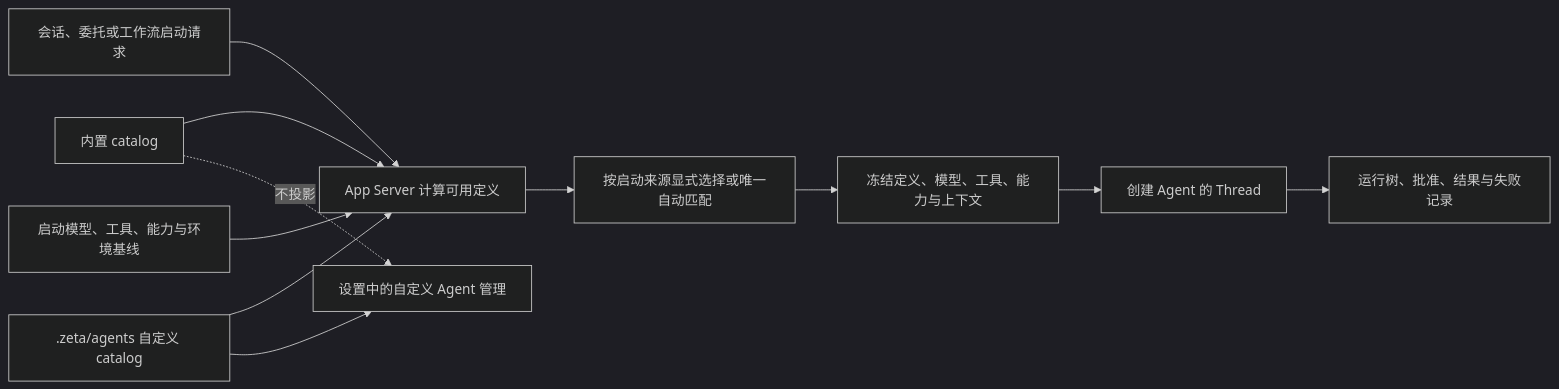
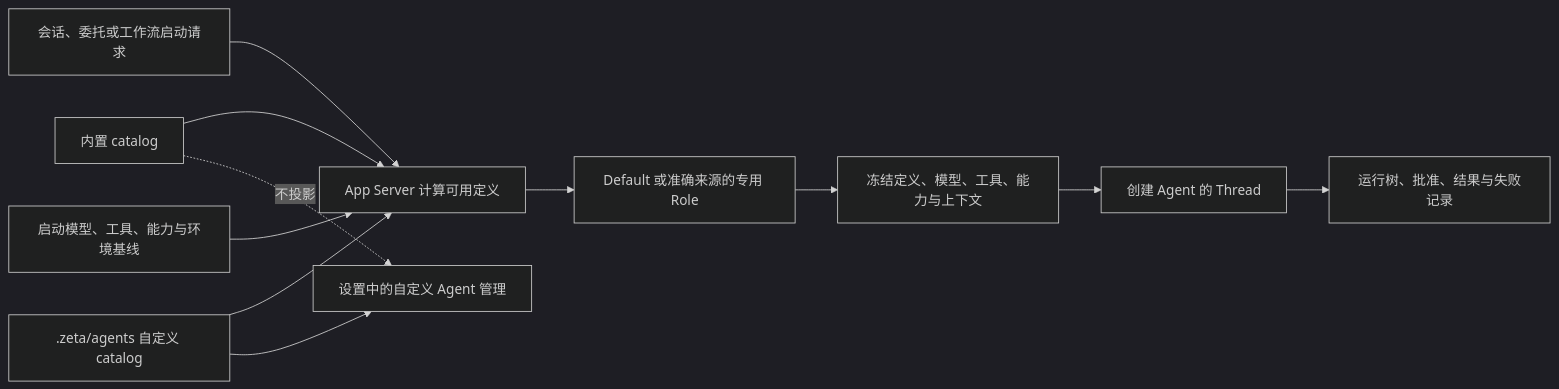
The diagram in docs/agents.md (chogng/zeta), drawn with Mermaid (dark theme) before and after one commit. The commit also changed other lines of this file and 208 other files, not shown here.

````diff
--- a/docs/agents.md
+++ b/docs/agents.md
@@ -254,13 +259,13 @@
 ```mermaid
 flowchart LR
     Launch[会话、委托或工作流启动请求] --> Eligible[App Server 计算可用定义]
     BuiltIn[内置 catalog] --> Eligible
     Custom[.zeta/agents 自定义 catalog] --> Eligible
     Baseline[启动模型、工具、能力与环境基线] --> Eligible
-    Eligible --> Select[按启动来源显式选择或唯一自动匹配]
+    Eligible --> Select[Default 或准确来源的专用 Role]
     Select --> Freeze[冻结定义、模型、工具、能力与上下文]
     Freeze --> Thread[创建 Agent 的 Thread]
     Thread --> Record[运行树、批准、结果与失败记录]
     BuiltIn -.不投影.-> Settings[设置中的自定义 Agent 管理]
     Custom --> Settings
 ```
````
